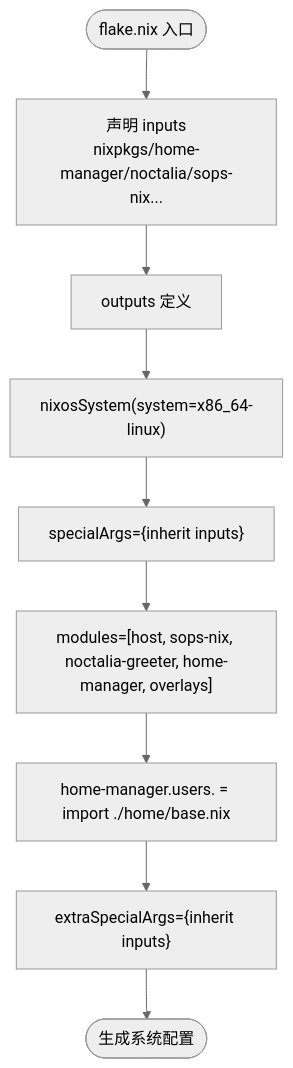
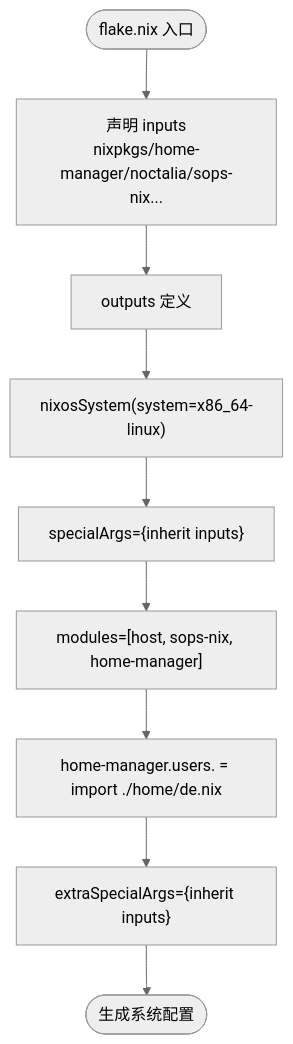
The first of 3 diagrams in wiki/architecture/flake.md (Shangshui0302/myNixOSConfig), drawn with Mermaid (neutral theme) before and after one commit. The commit also changed other lines of this file and 77 other files, not shown here.

````diff
--- a/wiki/architecture/flake.md
+++ b/wiki/architecture/flake.md
@@ -45,11 +45,11 @@
 ```mermaid
 flowchart TD
 Start(["flake.nix 入口"]) --> Inputs["声明 inputs<br/>nixpkgs/home-manager/noctalia/sops-nix..."]
 Inputs --> Outputs["outputs 定义"]
 Outputs --> NixOS["nixosSystem(system=x86_64-linux)"]
 NixOS --> SpecialArgs["specialArgs={inherit inputs}"]
-SpecialArgs --> Modules["modules=[host, sops-nix, noctalia-greeter, home-manager, overlays]"]
-Modules --> HM["home-manager.users.<user> = import ./home/base.nix"]
+SpecialArgs --> Modules["modules=[host, sops-nix, home-manager]"]
+Modules --> HM["home-manager.users.<user> = import ./home/de.nix"]
 HM --> ExtraArgs["extraSpecialArgs={inherit inputs}"]
 ExtraArgs --> End(["生成系统配置"])
 ```
````
